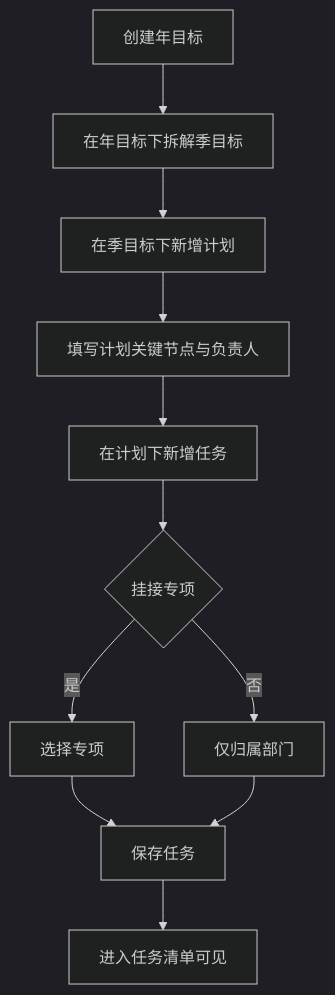
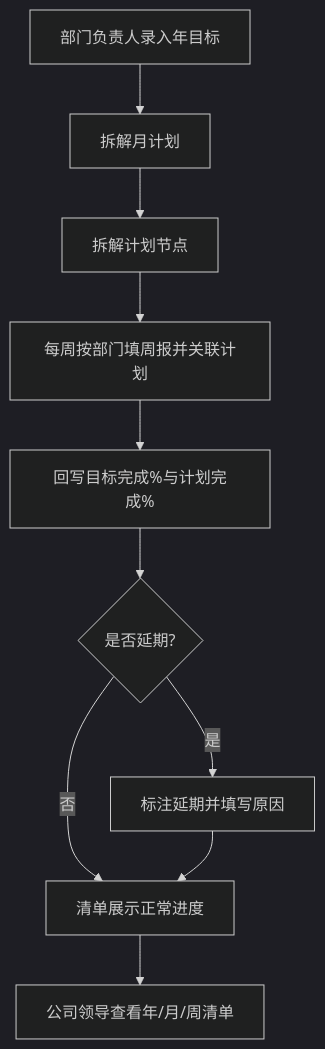
One commit to liaoliao66/BMS changed the diagram in docs/versions/v1.0.0/prd.md. Above: the diagram before and after it, drawn with Mermaid (dark theme). The commit also changed other lines of this file and 139 other files, not shown here.

````diff
--- a/docs/versions/v1.0.0/prd.md
+++ b/docs/versions/v1.0.0/prd.md
@@ -157,13 +123,12 @@
 ```mermaid
 flowchart TD
-  A[创建年目标] --> B[在年目标下拆解季目标]
-  B --> C[在季目标下新增计划]
-  C --> D[填写计划关键节点与负责人]
-  D --> E[在计划下新增任务]
-  E --> F{挂接专项}
-  F -->|是| G[选择专项]
-  F -->|否| H[仅归属部门]
-  G --> I[保存任务]
-  H --> I
-  I --> J[进入任务清单可见]
+  A[部门负责人录入年目标] --> B[拆解月计划]
+  B --> C[拆解计划节点]
+  C --> D[每周按部门填周报并关联计划]
+  D --> E[回写目标完成%与计划完成%]
+  E --> F{是否延期?}
+  F -->|是| G[标注延期并填写原因]
+  F -->|否| H[清单展示正常进度]
+  G --> H
+  H --> I[公司领导查看年/月/周清单]
 ```
````
